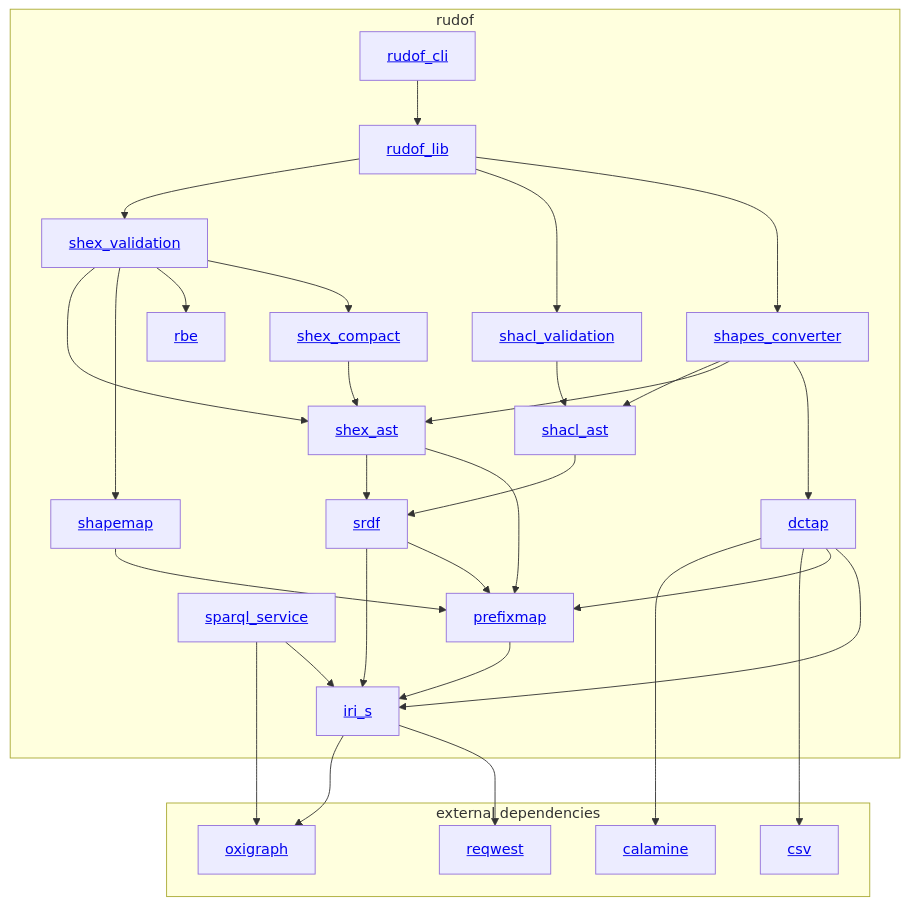
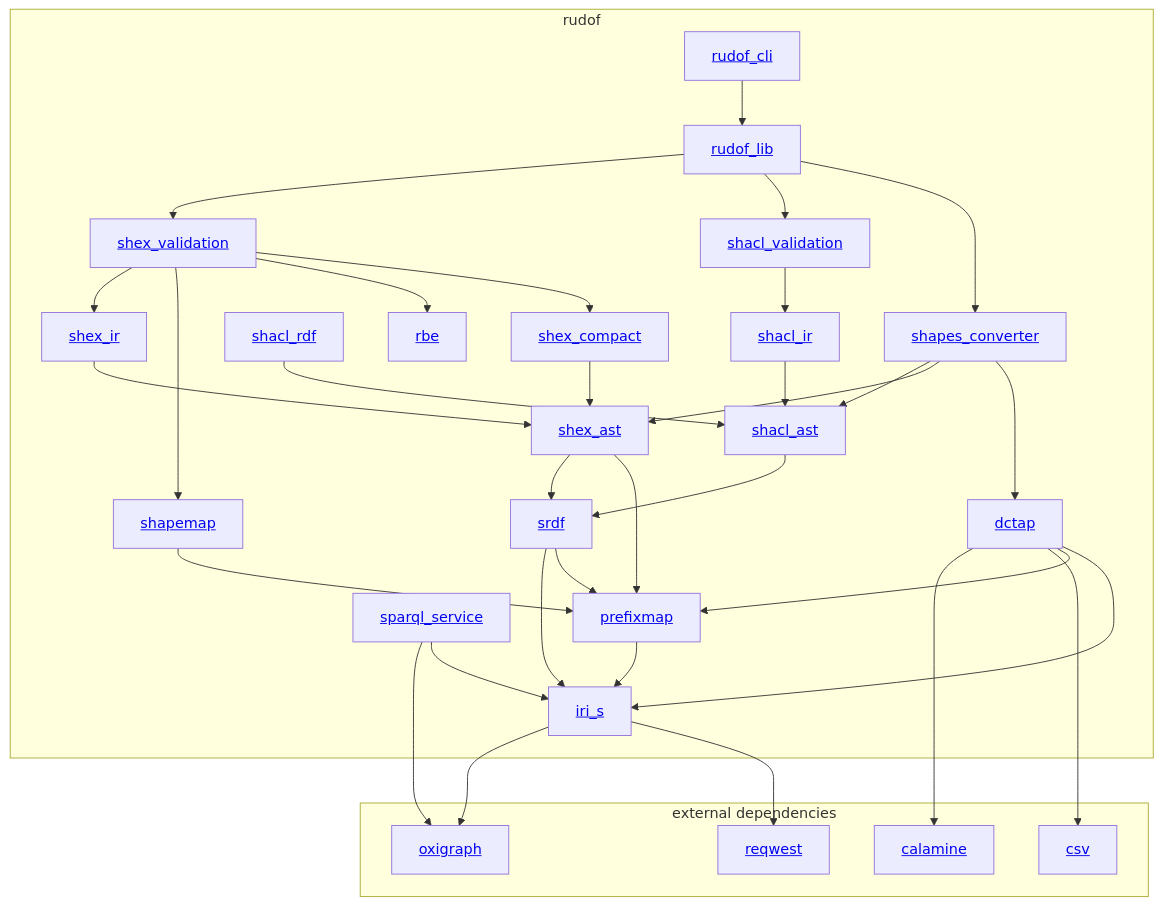
The diagram in docs/src/internals/architecture.md (rudof-project/rudof), drawn with Mermaid before and after one commit. The commit also changed 1 other file, not shown here.

Commit message:
Solved typo in documentation

````diff
--- a/docs/src/internals/architecture.md
+++ b/docs/src/internals/architecture.md
@@ -5,55 +5,61 @@
 ```mermaid
 graph TD;
  iri_s --> oxigraph;
  iri_s --> reqwest ;
  dctap --> calamine ;
  dctap --> csv ;
  sparql_service --> oxigraph ;
 subgraph rudof
     rudof_lib[<a href='https://crates.io/crates/rudof_lib'>rudof_lib</a>];
     rudof_cli[<a href='https://crates.io/crates/rudof_cli'>rudof_cli</a>];
     shex_ast[<a href='https://crates.io/crates/shex_ast'>shex_ast</a>];
     srdf[<a href='https://crates.io/crates/srdf'>srdf</a>];
     shex_compact[<a href='https://crates.io/crates/shex_compact'>shex_compact</a>];
+    shex_ir[<a href='https://crates.io/crates/shex_ir'>shex_ir</a>];
     shex_validation[<a href='https://crates.io/crates/shex_validation'>shex_validation</a>];
     shacl_validation[<a href='https://crates.io/crates/shacl_validation'>shacl_validation</a>];
     shacl_ast[<a href='https://crates.io/crates/shacl_ast'>shacl_ast</a>];
+    shacl_rdf[<a href='https://crates.io/crates/shacl_rdf'>shacl_rdf</a>];
+    shacl_ir[<a href='https://crates.io/crates/shacl_ir'>shacl_ir</a>];
     iri_s[<a href='https://crates.io/crates/iri_s'>iri_s</a>];
     prefixmap[<a href='https://crates.io/crates/prefixmap'>prefixmap</a>];
     shapemap[<a href='https://crates.io/crates/shapemap'>shapemap</a>];
     rbe[<a href='https://crates.io/crates/rbe'>rbe</a>];
     shapes_converter[<a href='https://crates.io/crates/shapes_converter'>shapes_converter</a>];
  dctap[<a href='https://crates.io/crates/dctap'>dctap</a>];
  sparql_service[<a href='https://crates.io/crates/sparql_service'>sparql_service</a>];
 
  rudof_cli --> rudof_lib ;
  shex_ast --> srdf ;
  shex_compact-->shex_ast;
- shex_validation-->shex_ast;
+ shex_ir-->shex_ast;
+ shex_validation-->shex_ir;
  srdf-->iri_s;
  shacl_ast-->srdf;
- shacl_validation-->shacl_ast;
+ shacl_rdf-->shacl_ast;
+ shacl_ir-->shacl_ast;
+ shacl_validation-->shacl_ir;
  shex_validation-->shapemap;
  shapemap-->prefixmap;
  shex_ast-->prefixmap;
  srdf-->prefixmap;
  shex_validation-->rbe;
  dctap-->prefixmap;
  dctap --> iri_s;
  shapes_converter-->shacl_ast;
  shapes_converter-->shex_ast;
  shapes_converter-->dctap;
  prefixmap --> iri_s ;
  shex_validation --> shex_compact
  sparql_service --> iri_s ;
  rudof_lib --> shex_validation ;
  rudof_lib --> shacl_validation ;
  rudof_lib --> shapes_converter ;
 end
 subgraph external dependencies
  oxigraph[<a href='https://crates.io/crates/oxigraph'>oxigraph</a>] ;
  calamine[<a href='https://docs.rs/calamine/latest/calamine/'>calamine</a>] ;
  reqwest[<a href='https://docs.rs/reqwest/latest/reqwest/'>reqwest</a>] ;
  csv[<a href='https://docs.rs/csv/latest/csv/'>csv</a>] 
 end
 ```
````
